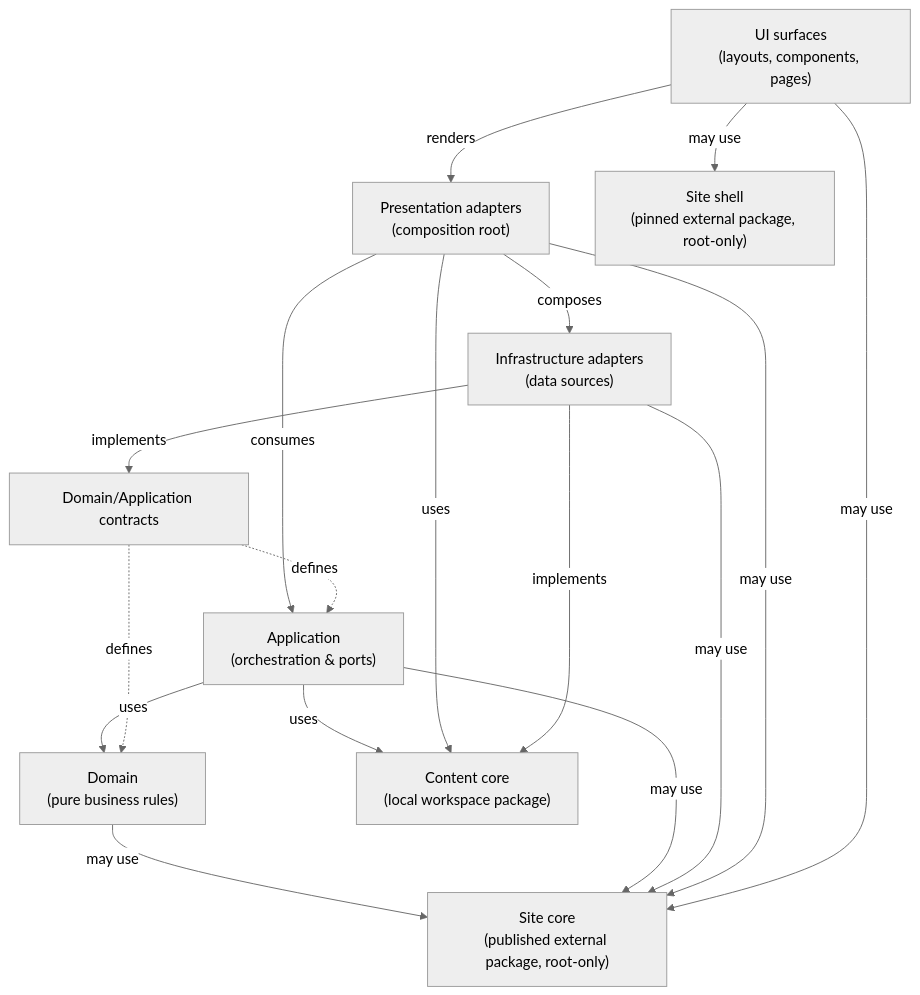
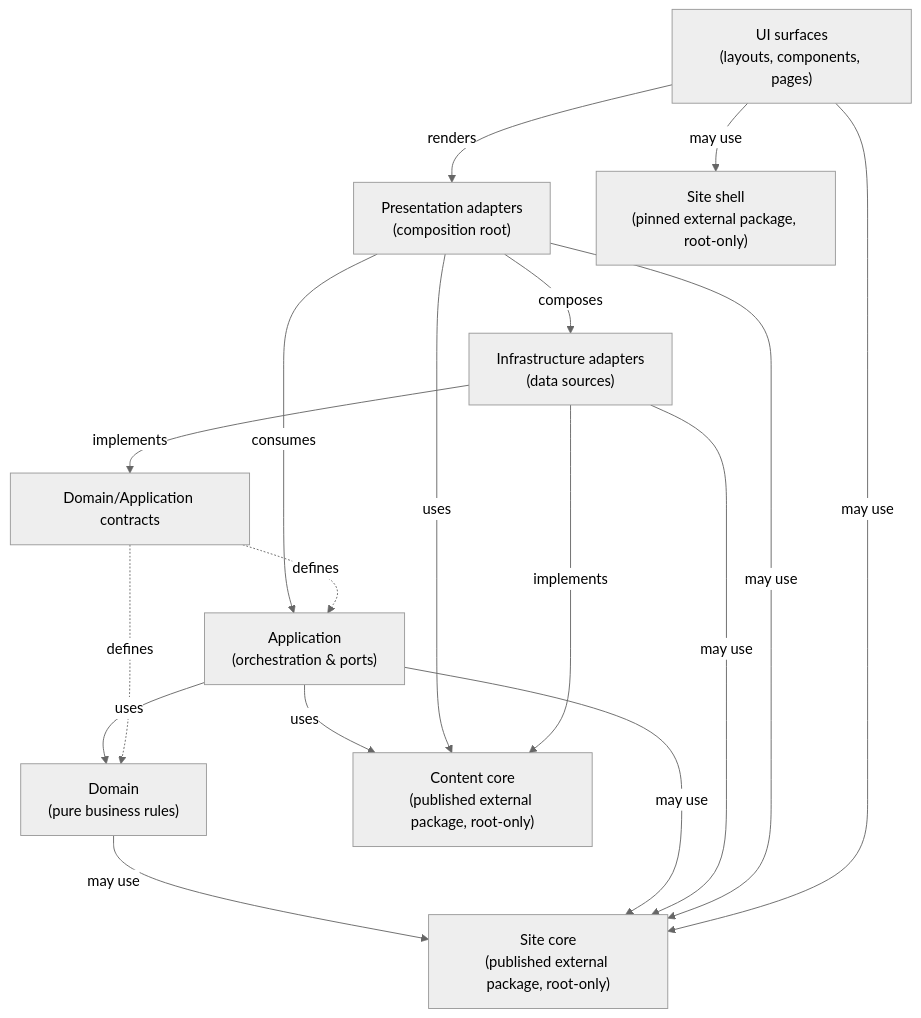
Before and after one commit to r8vnhill/dibs-astro: the diagram in docs/architecture/layer-separation.md, drawn with Mermaid (neutral theme). The commit also changed other lines of this file and 67 other files, not shown here.

First line of the commit message:
refactor: remove content-core package and its related tests, types, and configurations

````diff
--- a/docs/architecture/layer-separation.md
+++ b/docs/architecture/layer-separation.md
@@ -126,29 +124,29 @@
 ```mermaid
 graph TD
     UI["UI surfaces<br/>(layouts, components, pages)"]
     PA["Presentation adapters<br/>(composition root)"]
     APP["Application<br/>(orchestration & ports)"]
     DOMAIN["Domain<br/>(pure business rules)"]
-    CONTENT["Content core<br/>(local workspace package)"]
+    CONTENT["Content core<br/>(published external package, root-only)"]
     SITE["Site core<br/>(published external package, root-only)"]
     SHELL["Site shell<br/>(pinned external package, root-only)"]
     INFRA["Infrastructure adapters<br/>(data sources)"]
     CONTRACTS["Domain/Application contracts"]
     
     UI -->|renders| PA
     PA -->|consumes| APP
     APP -->|uses| DOMAIN
     APP -->|uses| CONTENT
     PA -->|uses| CONTENT
     DOMAIN -->|may use| SITE
     APP -->|may use| SITE
     INFRA -->|may use| SITE
     PA -->|may use| SITE
     UI -->|may use| SITE
     UI -->|may use| SHELL
     INFRA -->|implements| CONTENT
     PA -->|composes| INFRA
     INFRA -->|implements| CONTRACTS
     CONTRACTS -.->|defines| DOMAIN
     CONTRACTS -.->|defines| APP
 ```
````
